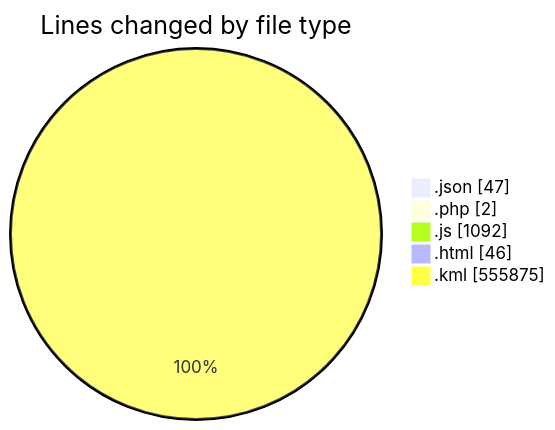
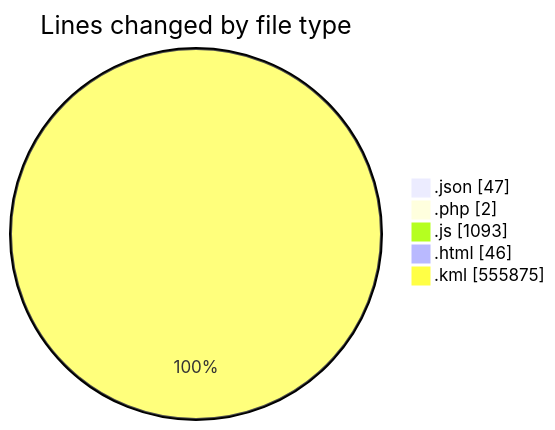
Before and after one commit to LanceThiago/code-tracking: the first of 2 diagrams in 2025-03-27/kml/README.md, drawn with Mermaid. The commit also changed other lines of this file and 1 other file, not shown here.

````diff
--- a/2025-03-27/kml/README.md
+++ b/2025-03-27/kml/README.md
@@ -28,9 +28,9 @@
 ```mermaid
 pie showData
 title Lines changed by file type
 ".json" : 47
 ".php" : 2
-".js" : 1092
+".js" : 1093
 ".html" : 46
 ".kml" : 555875
 ```
````
